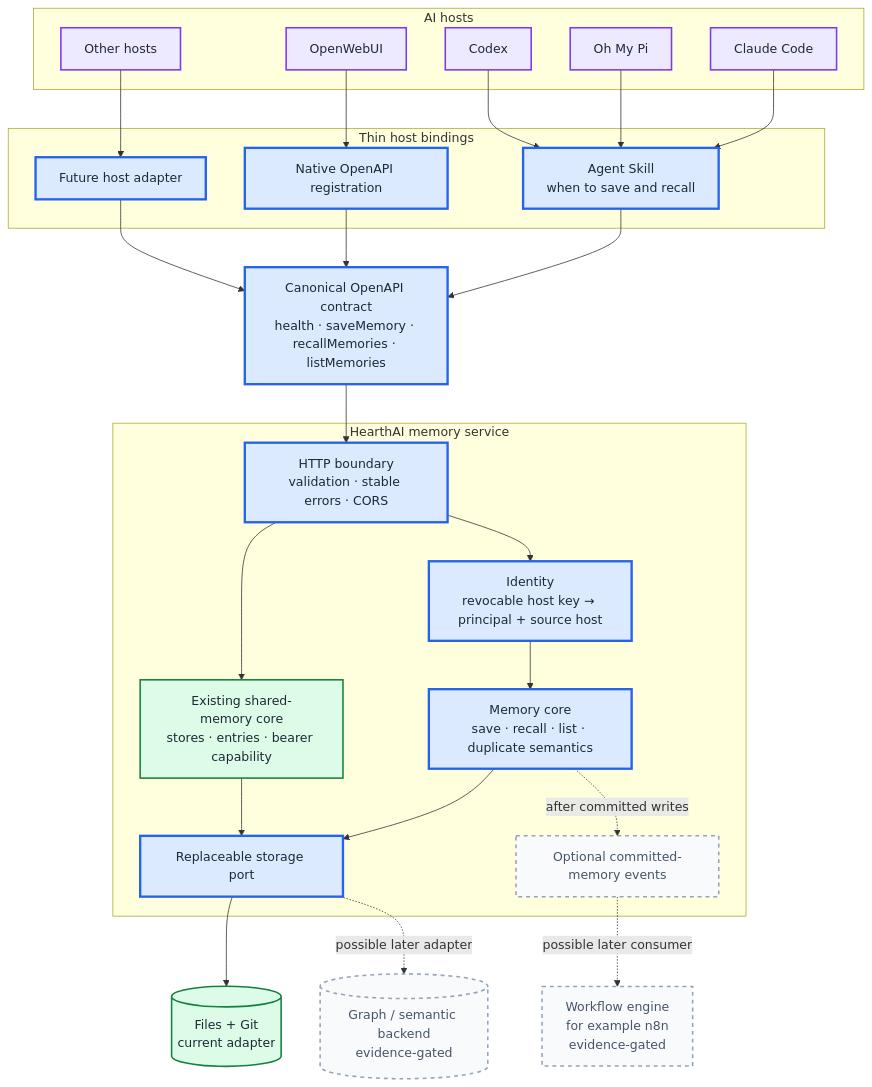
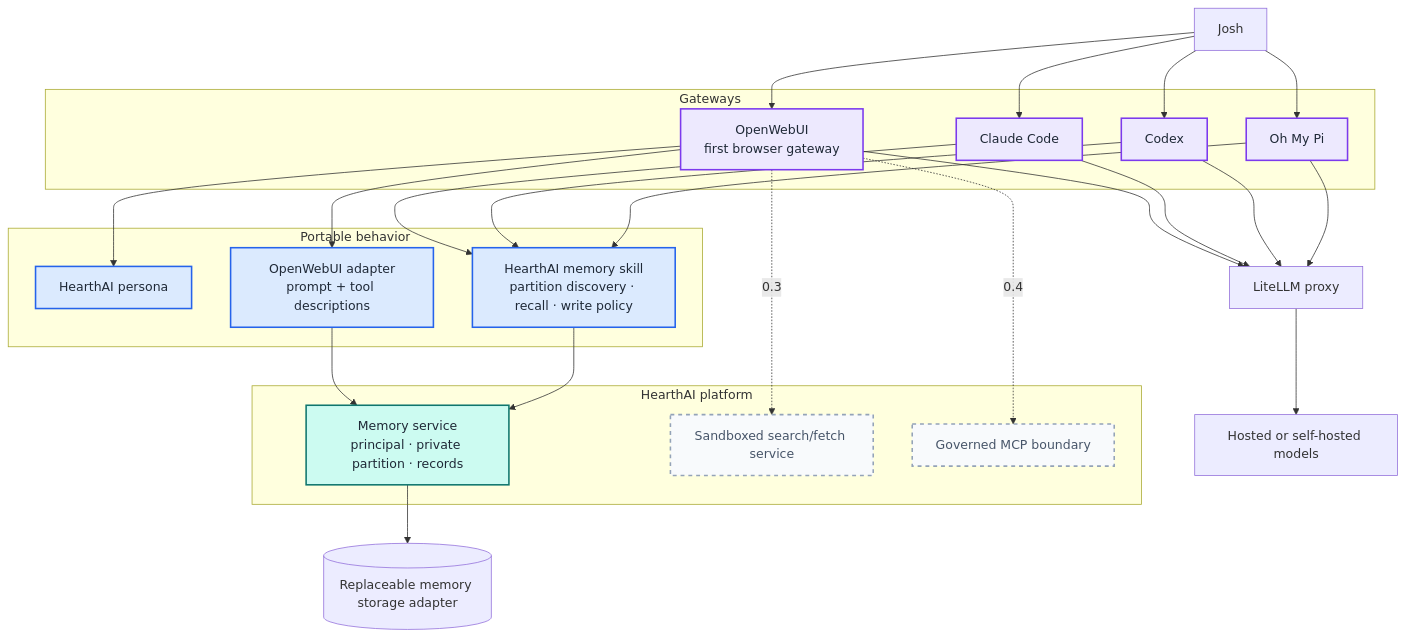
One commit to jokajak/hearthai changed the first of 6 diagrams in docs/ARCHITECTURE.md. Above: the diagram before and after it, drawn with Mermaid. The commit also changed other lines of this file and 3 other files, not shown here.

Commit message:
Document HearthAI capability roadmap

````diff
--- a/docs/ARCHITECTURE.md
+++ b/docs/ARCHITECTURE.md
@@ -90,61 +27,60 @@
 ```mermaid
 flowchart TB
-    subgraph HOSTS["AI hosts"]
+    USER["Josh"]
+
+    subgraph GATEWAYS["Gateways"]
+        OW["OpenWebUI<br/>first browser gateway"]
         CC["Claude Code"]
-        OW["OpenWebUI"]
+        CX["Codex"]
         OMP["Oh My Pi"]
-        CX["Codex"]
-        OTHER["Other hosts"]
     end
 
-    subgraph BINDINGS["Thin host bindings"]
-        SKILL["Agent Skill<br/>when to save and recall"]
-        NATIVE["Native OpenAPI registration"]
-        FUTURE["Future host adapter"]
+    subgraph BEHAVIOR["Portable behavior"]
+        PERSONA["HearthAI persona"]
+        SKILL["HearthAI memory skill<br/>partition discovery · recall · write policy"]
+        OWADAPTER["OpenWebUI adapter<br/>prompt + tool descriptions"]
     end
 
-    CONTRACT["Canonical OpenAPI contract<br/>health · saveMemory · recallMemories · listMemories"]
-
-    subgraph HEARTH["HearthAI memory service"]
-        API["HTTP boundary<br/>validation · stable errors · CORS"]
-        AUTH["Identity<br/>revocable host key → principal + source host"]
-        CORE["Memory core<br/>save · recall · list · duplicate semantics"]
-        SHARED["Existing shared-memory core<br/>stores · entries · bearer capability"]
-        PORT["Replaceable storage port"]
-        EVENTS["Optional committed-memory events"]
+    subgraph PLATFORM["HearthAI platform"]
+        MEMORY["Memory service<br/>principal · private partition · records"]
+        FETCH["Sandboxed search/fetch service"]
+        MCP["Governed MCP boundary"]
     end
 
-    FILES[("Files + Git<br/>current adapter")]
-    GRAPH[("Graph / semantic backend<br/>evidence-gated")]
-    WORKFLOW["Workflow engine<br/>for example n8n<br/>evidence-gated"]
+    LITELLM["LiteLLM proxy"]
+    MODELS["Hosted or self-hosted models"]
+    STORE[("Replaceable memory storage adapter")]
 
+    USER --> OW
+    USER --> CC
+    USER --> CX
+    USER --> OMP
+
+    OW --> PERSONA
+    OW --> OWADAPTER
     CC --> SKILL
+    CX --> SKILL
     OMP --> SKILL
-    CX --> SKILL
-    OW --> NATIVE
-    OTHER --> FUTURE
 
-    SKILL --> CONTRACT
-    NATIVE --> CONTRACT
-    FUTURE --> CONTRACT
-    CONTRACT --> API
-    API --> AUTH
-    AUTH --> CORE
-    API --> SHARED
-    CORE --> PORT
-    SHARED --> PORT
-    PORT --> FILES
-    PORT -. "possible later adapter" .-> GRAPH
-    CORE -. "after committed writes" .-> EVENTS
-    EVENTS -. "possible later consumer" .-> WORKFLOW
+    OW --> LITELLM
+    CC --> LITELLM
+    CX --> LITELLM
+    OMP --> LITELLM
+    LITELLM --> MODELS
 
-    classDef built fill:#dcfce7,stroke:#15803d,stroke-width:2px,color:#1f2937
-    classDef approved fill:#dbeafe,stroke:#2563eb,stroke-width:3px,color:#1f2937
+    OWADAPTER --> MEMORY
+    SKILL --> MEMORY
+    OW -. "0.3" .-> FETCH
+    OW -. "0.4" .-> MCP
+    MEMORY --> STORE
+
+    classDef gateway fill:#ede9fe,stroke:#7c3aed,stroke-width:2px,color:#1f2937
+    classDef behavior fill:#dbeafe,stroke:#2563eb,stroke-width:2px,color:#1f2937
+    classDef platform fill:#ccfbf1,stroke:#0f766e,stroke-width:2px,color:#1f2937
     classDef deferred fill:#f8fafc,stroke:#94a3b8,stroke-width:2px,stroke-dasharray:5 5,color:#475569
-    classDef host fill:#ede9fe,stroke:#7c3aed,stroke-width:2px,color:#1f2937
 
-    class CC,OW,OMP,CX,OTHER host
-    class SHARED,FILES built
-    class SKILL,NATIVE,FUTURE,CONTRACT,API,AUTH,CORE,PORT approved
-    class EVENTS,GRAPH,WORKFLOW deferred
+    class OW,CC,CX,OMP gateway
+    class PERSONA,SKILL,OWADAPTER behavior
+    class MEMORY platform
+    class FETCH,MCP deferred
 ```
````
